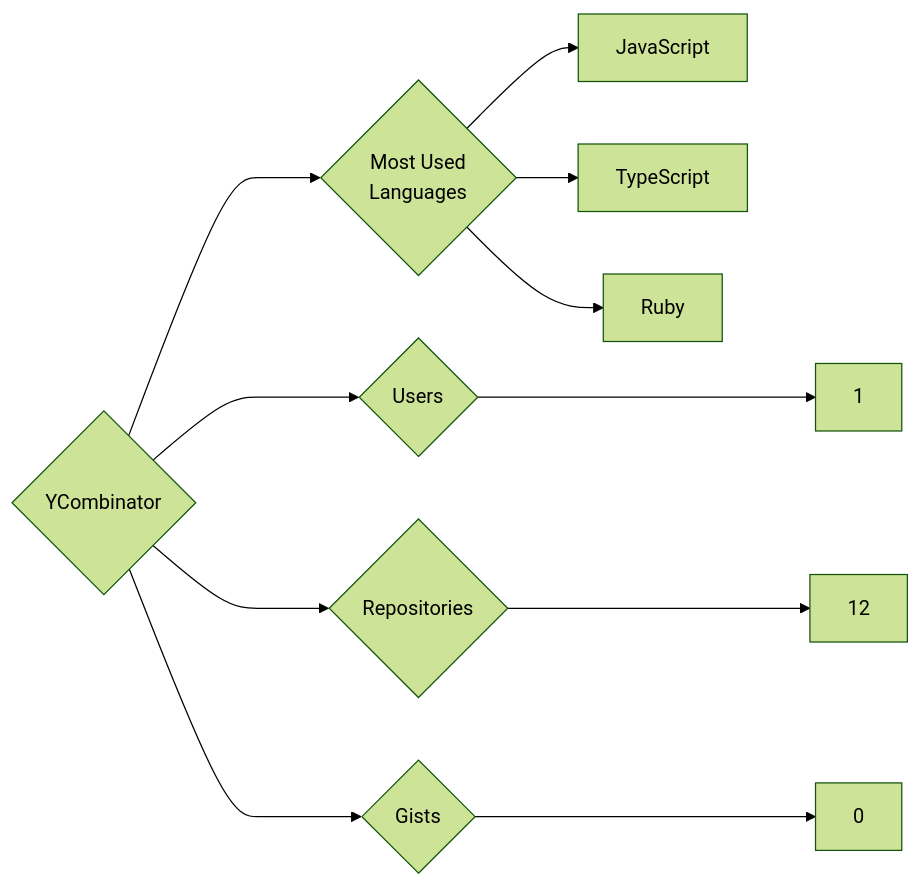
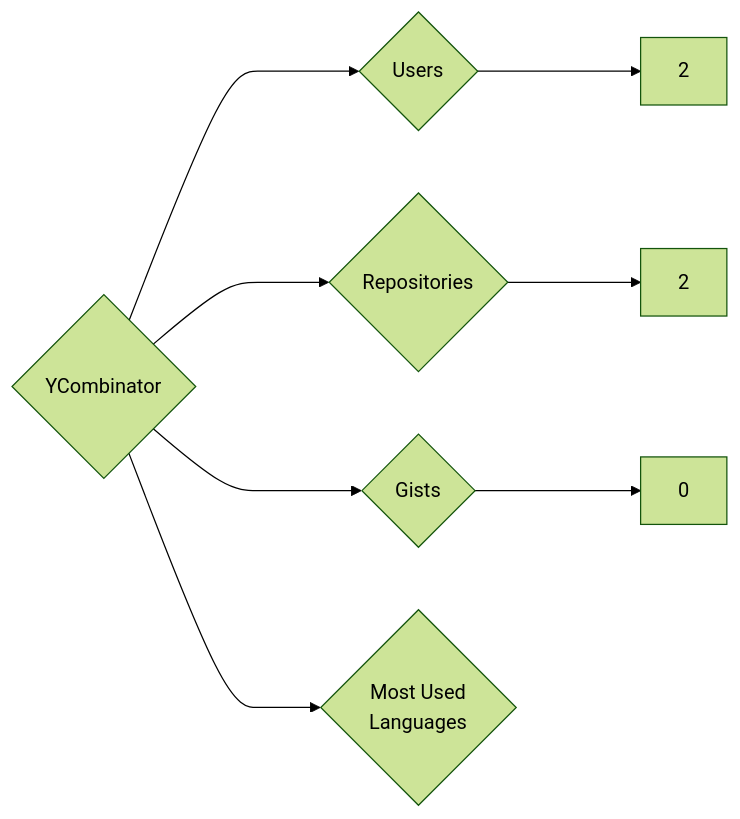
One commit to trickest/insiders changed the diagram in targets/YCombinator/README.md. Above: the diagram before and after it, drawn with Mermaid (forest theme). The commit also changed 815 other files, not shown here.

````diff
--- a/targets/YCombinator/README.md
+++ b/targets/YCombinator/README.md
@@ -3,11 +3,8 @@
 ```mermaid
 graph LR
 COMPANY_NAME{YCombinator}
-COMPANY_NAME ---> U{Users} ---> UN[1]
-COMPANY_NAME ---> R{Repositories} ---> RN[12]
+COMPANY_NAME ---> U{Users} ---> UN[2]
+COMPANY_NAME ---> R{Repositories} ---> RN[2]
 COMPANY_NAME ---> G{Gists} ---> GN[0]
 COMPANY_NAME ---> ML{Most Used<br>Languages}
-ML --> JavaScript[JavaScript]
-ML --> TypeScript[TypeScript]
-ML --> Ruby[Ruby]
 ```
````
